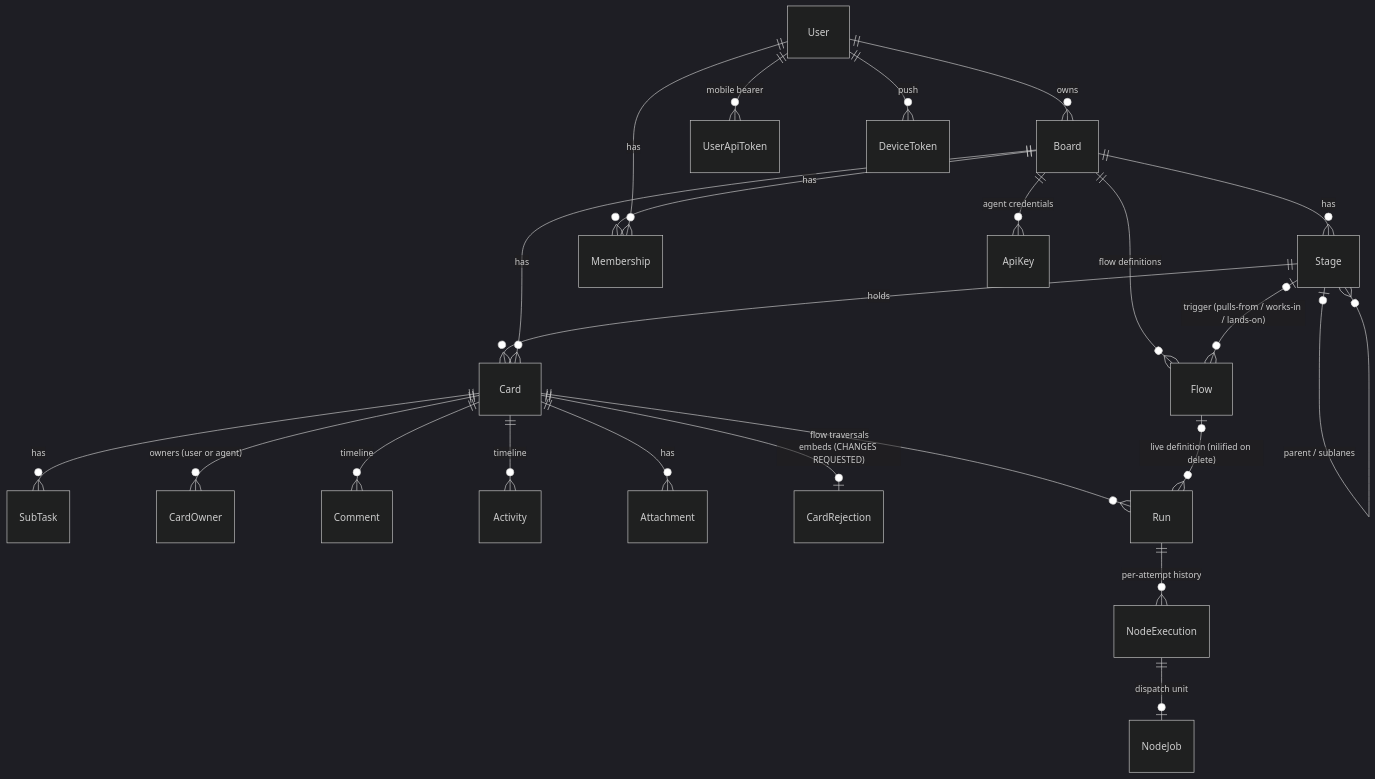
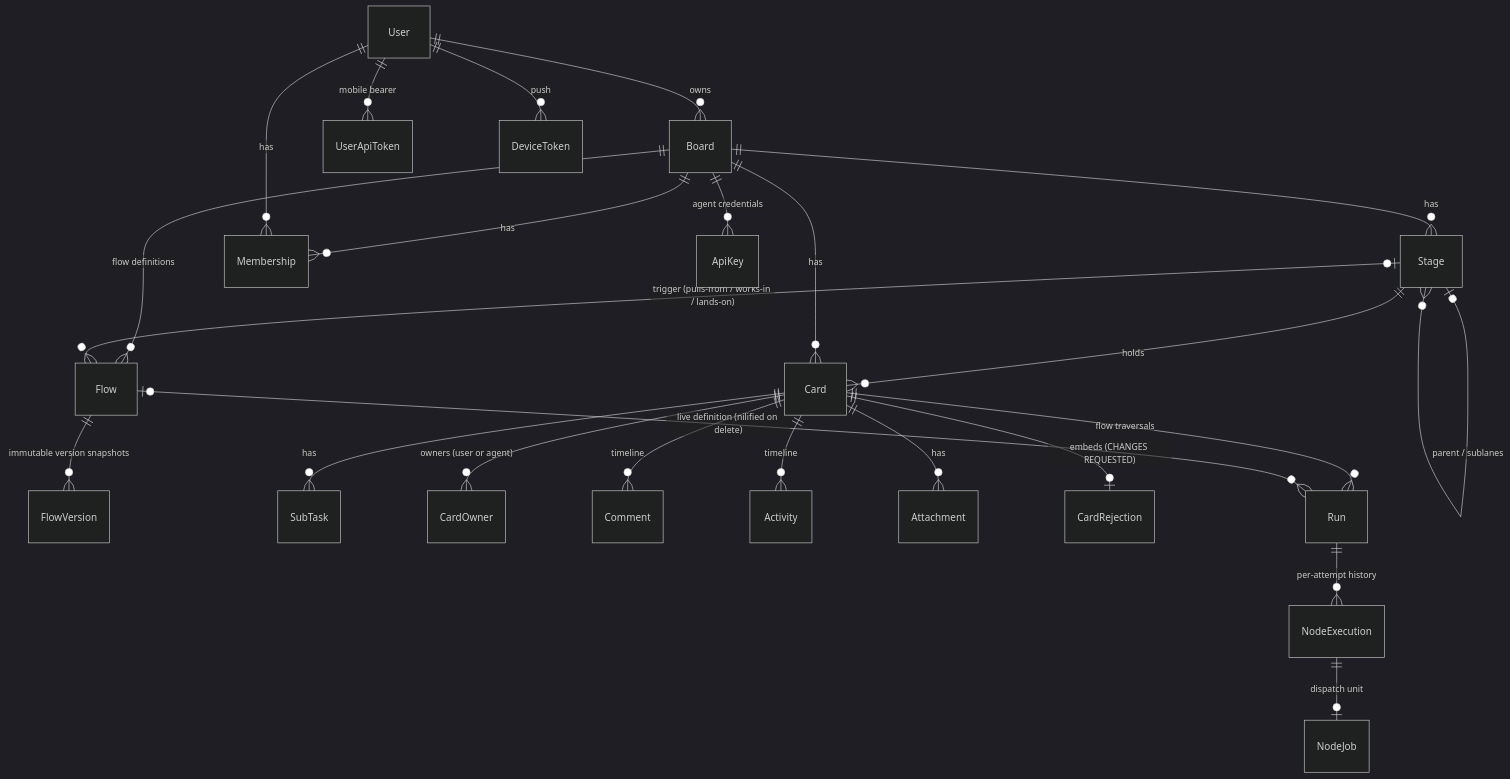
One commit to jeremylightsmith/relay changed the diagram in docs/architecture/domain.md. Above: the diagram before and after it, drawn with Mermaid (dark theme). The commit also changed other lines of this file and 21 other files, not shown here.

First line of the commit message:
rly 143 w7 flow editor edit flows on the board (#113)

````diff
--- a/docs/architecture/domain.md
+++ b/docs/architecture/domain.md
@@ -85,25 +111,26 @@
 ```mermaid
 erDiagram
     User ||--o{ Board : owns
     Board ||--o{ Stage : has
     Stage |o--o{ Stage : "parent / sublanes"
     Stage ||--o{ Card : holds
     Board ||--o{ Card : has
     Board ||--o{ Flow : "flow definitions"
     Stage |o--o{ Flow : "trigger (pulls-from / works-in / lands-on)"
+    Flow ||--o{ FlowVersion : "immutable version snapshots"
     Card ||--o{ SubTask : has
     Card ||--o{ CardOwner : "owners (user or agent)"
     Card ||--o{ Comment : timeline
     Card ||--o{ Activity : timeline
     Card ||--o{ Attachment : has
     Card ||--o| CardRejection : "embeds (CHANGES REQUESTED)"
     Card ||--o{ Run : "flow traversals"
     Flow |o--o{ Run : "live definition (nilified on delete)"
     Run ||--o{ NodeExecution : "per-attempt history"
     NodeExecution ||--o| NodeJob : "dispatch unit"
     Board ||--o{ Membership : has
     User ||--o{ Membership : has
     Board ||--o{ ApiKey : "agent credentials"
     User ||--o{ UserApiToken : "mobile bearer"
     User ||--o{ DeviceToken : "push"
 ```
````
